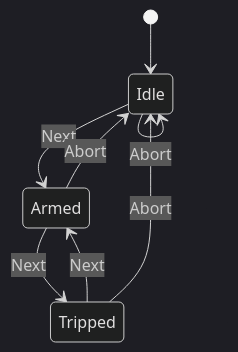
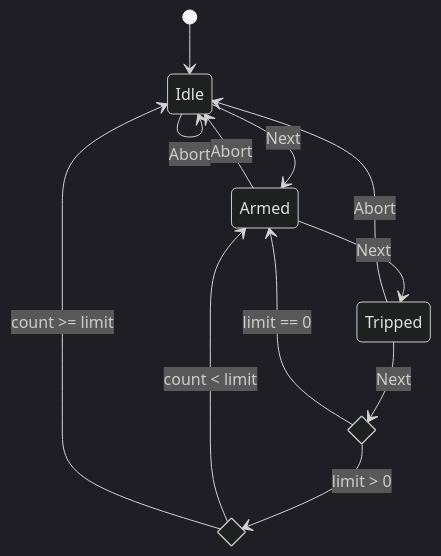
Before and after one commit to pricemi115/homebridge-grumptech-timetriggers: the diagram in design/triggerStateMachine.sd.mmd, drawn with Mermaid (dark theme). The commit also changed 1 other file, not shown here.

Commit message:
✨ Issue #16 - Trip Limit
Documentation updates to support a limit on the number of sequential trip events

```diff
--- a/design/triggerStateMachine.sd.mmd
+++ b/design/triggerStateMachine.sd.mmd
@@ -1,11 +1,19 @@
 stateDiagram-v2
 
 [*] -->Idle
 Idle --> Armed : Next
 Idle --> Idle : Abort
 
+state TripLimitCheck <<choice>>
+state TripCountCheck <<choice>>
 Armed --> Tripped : Next
 Armed --> Idle : Abort
 
-Tripped --> Armed : Next
+Tripped --> TripLimitCheck : Next
 Tripped --> Idle : Abort
+
+TripLimitCheck --> Armed: limit == 0
+TripLimitCheck --> TripCountCheck: limit > 0
+
+TripCountCheck --> Armed: count < limit
+TripCountCheck --> Idle: count >= limit
```
